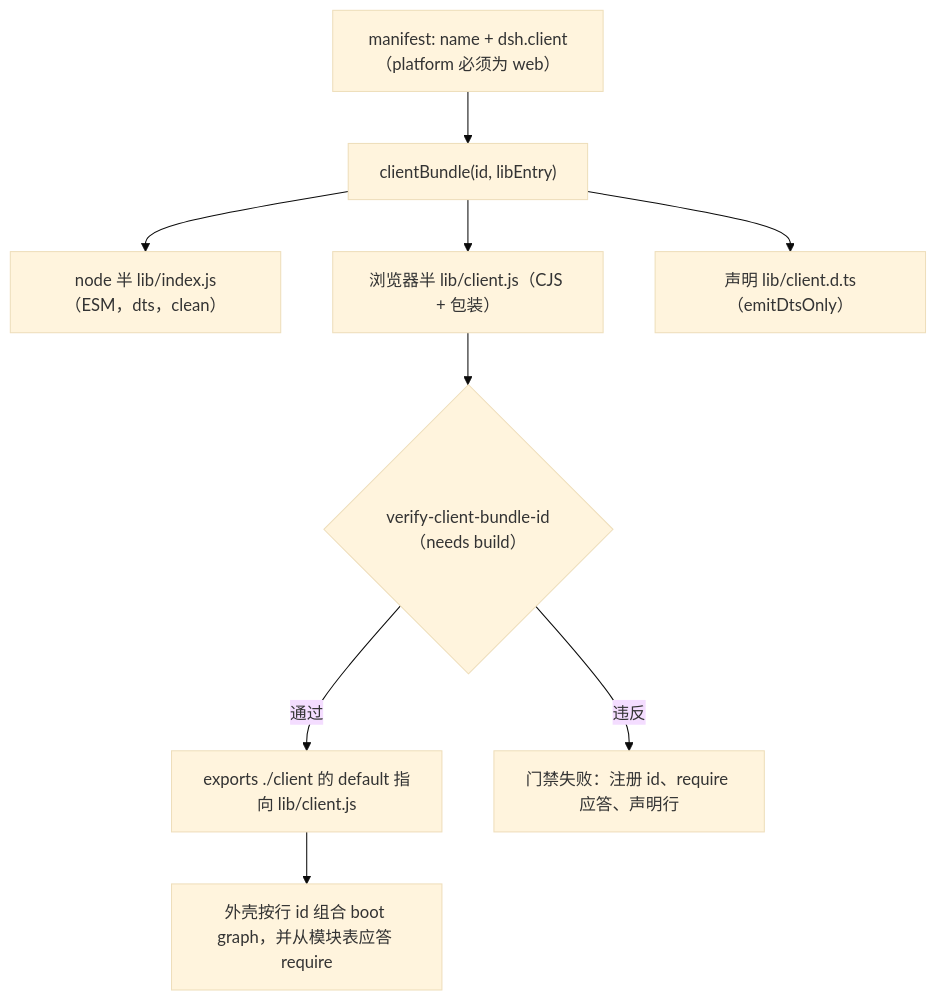
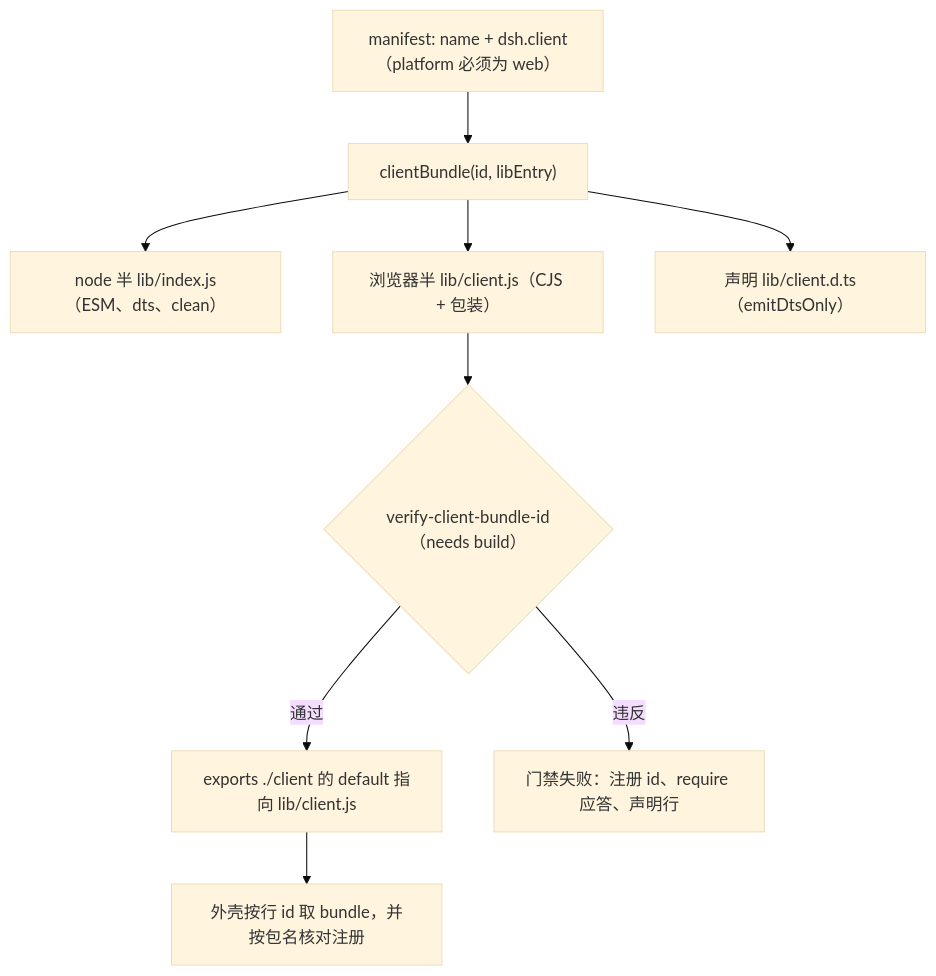
One commit to zhangj1164/dsh-mega-plugins changed the second of 3 diagrams in openwiki/architecture/host-client-remote-contract.md. Above: the diagram before and after it, drawn with Mermaid (base theme). The commit also changed other lines of this file and 62 other files, not shown here.

````diff
--- a/openwiki/architecture/host-client-remote-contract.md
+++ b/openwiki/architecture/host-client-remote-contract.md
@@ -129,11 +230,11 @@
 ```mermaid
 flowchart TD
   A["manifest: name + dsh.client（platform 必须为 web）"] --> B["clientBundle(id, libEntry)"]
-  B --> C["node 半 lib/index.js（ESM，dts，clean）"]
+  B --> C["node 半 lib/index.js（ESM、dts、clean）"]
   B --> D["浏览器半 lib/client.js（CJS + 包装）"]
   B --> E["声明 lib/client.d.ts（emitDtsOnly）"]
   D --> F{"verify-client-bundle-id（needs build）"}
   F -->|通过| G["exports ./client 的 default 指向 lib/client.js"]
   F -->|违反| H["门禁失败：注册 id、require 应答、声明行"]
-  G --> I["外壳按行 id 组合 boot graph，并从模块表应答 require"]
+  G --> I["外壳按行 id 取 bundle，并按包名核对注册"]
 ```
````
